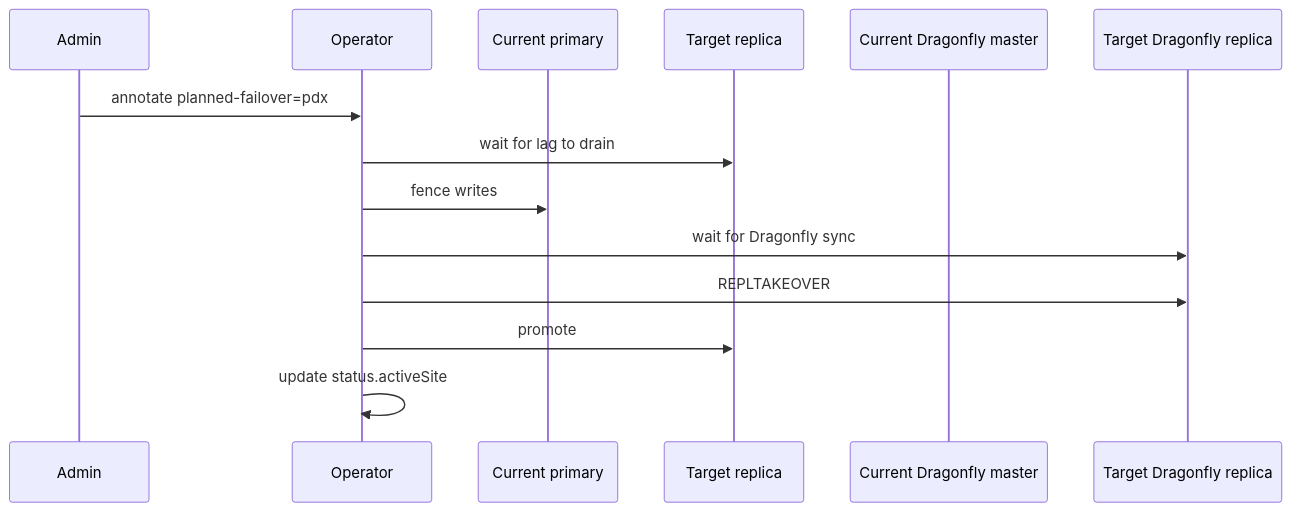
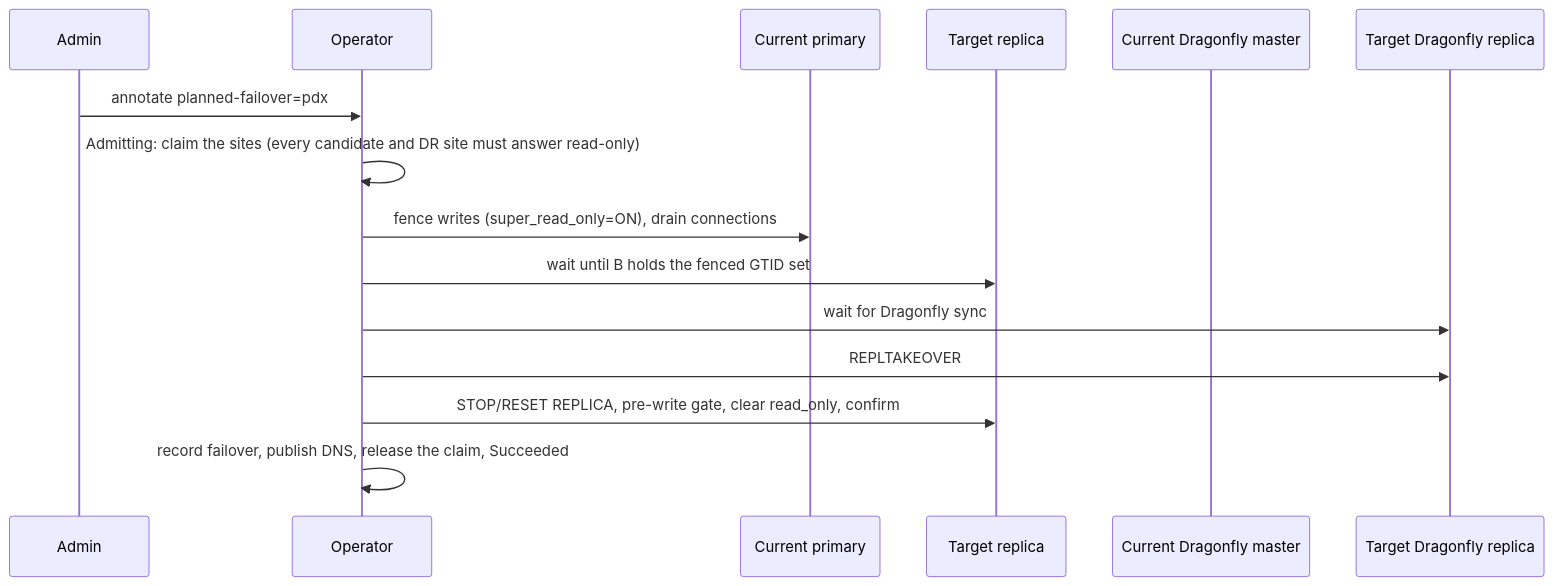
The third of 9 diagrams in site/content/docs/5.architecture/7.architecture-diagrams.md (ShipStream/bloodraven), drawn with Mermaid before and after one commit. The commit also changed 23 other files, not shown here.

Commit message:
Document the planned-failover claim, outcomes, hold and stall marker (#235)

````diff
--- a/site/content/docs/5.architecture/7.architecture-diagrams.md
+++ b/site/content/docs/5.architecture/7.architecture-diagrams.md
@@ -53,16 +53,17 @@
 ```mermaid
 sequenceDiagram
   participant Admin
   participant O as Operator
   participant A as Current primary
   participant B as Target replica
   participant DA as Current Dragonfly master
   participant DB as Target Dragonfly replica
   Admin->>O: annotate planned-failover=pdx
-  O->>B: wait for lag to drain
-  O->>A: fence writes
+  O->>O: Admitting: claim the sites (every candidate and DR site must answer read-only)
+  O->>A: fence writes (super_read_only=ON), drain connections
+  O->>B: wait until B holds the fenced GTID set
   O->>DB: wait for Dragonfly sync
   O->>DB: REPLTAKEOVER
-  O->>B: promote
-  O->>O: update status.activeSite
+  O->>B: STOP/RESET REPLICA, pre-write gate, clear read_only, confirm
+  O->>O: record failover, publish DNS, release the claim, Succeeded
 ```
````
